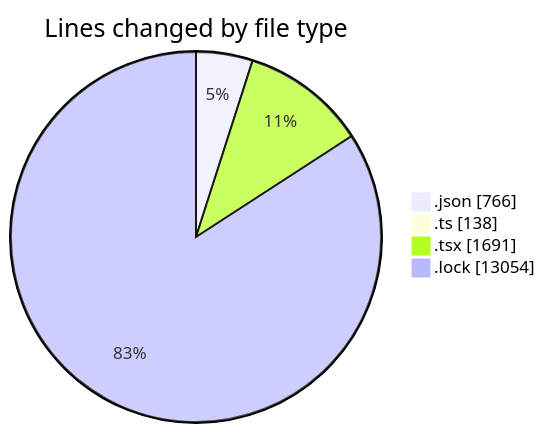
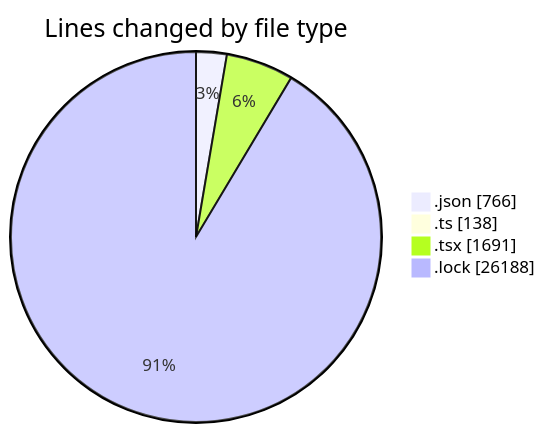
One commit to momahboobian/code-tracking changed the first of 2 diagrams in 2025-05-07/cda/README.md. Above: the diagram before and after it, drawn with Mermaid. The commit also changed other lines of this file and 1 other file, not shown here.

````diff
--- a/2025-05-07/cda/README.md
+++ b/2025-05-07/cda/README.md
@@ -45,8 +46,8 @@
 ```mermaid
 pie showData
 title Lines changed by file type
 ".json" : 766
 ".ts" : 138
 ".tsx" : 1691
-".lock" : 13054
+".lock" : 26188
 ```
````
